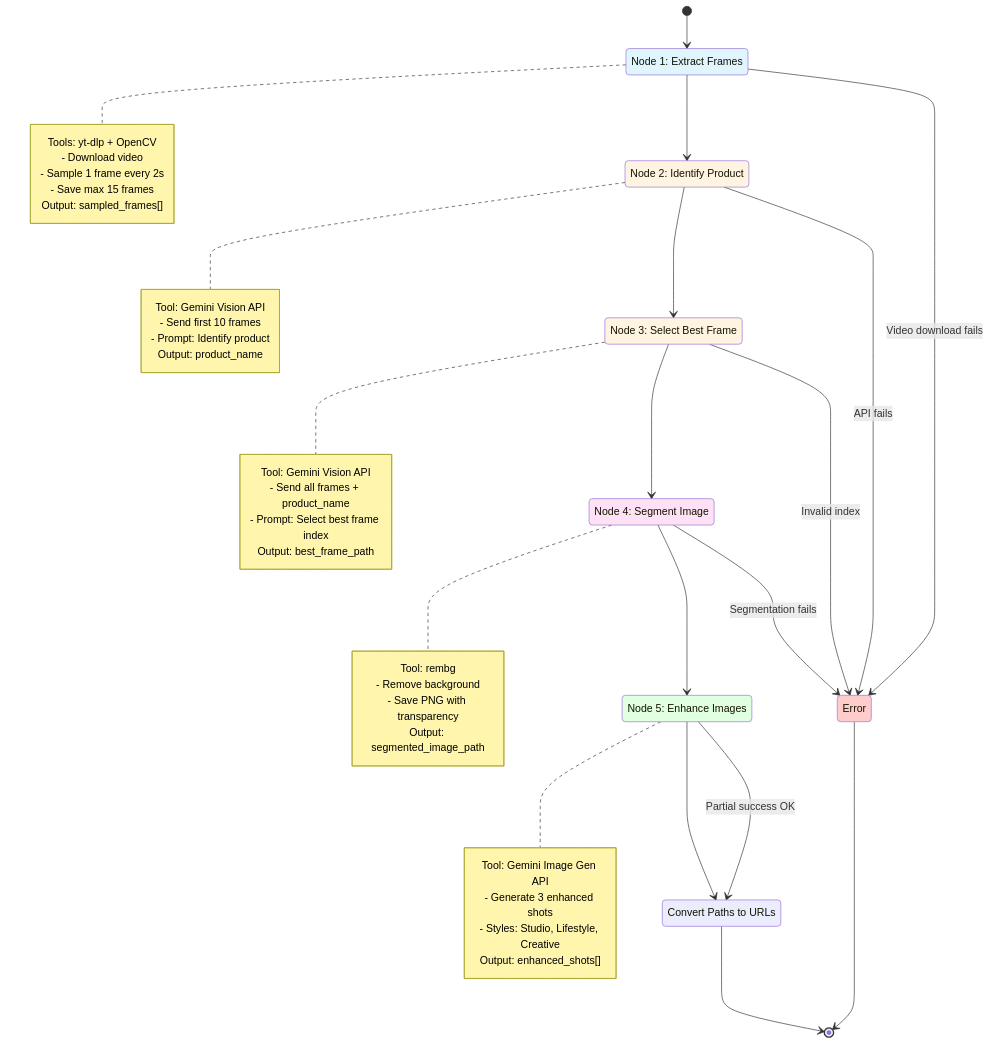
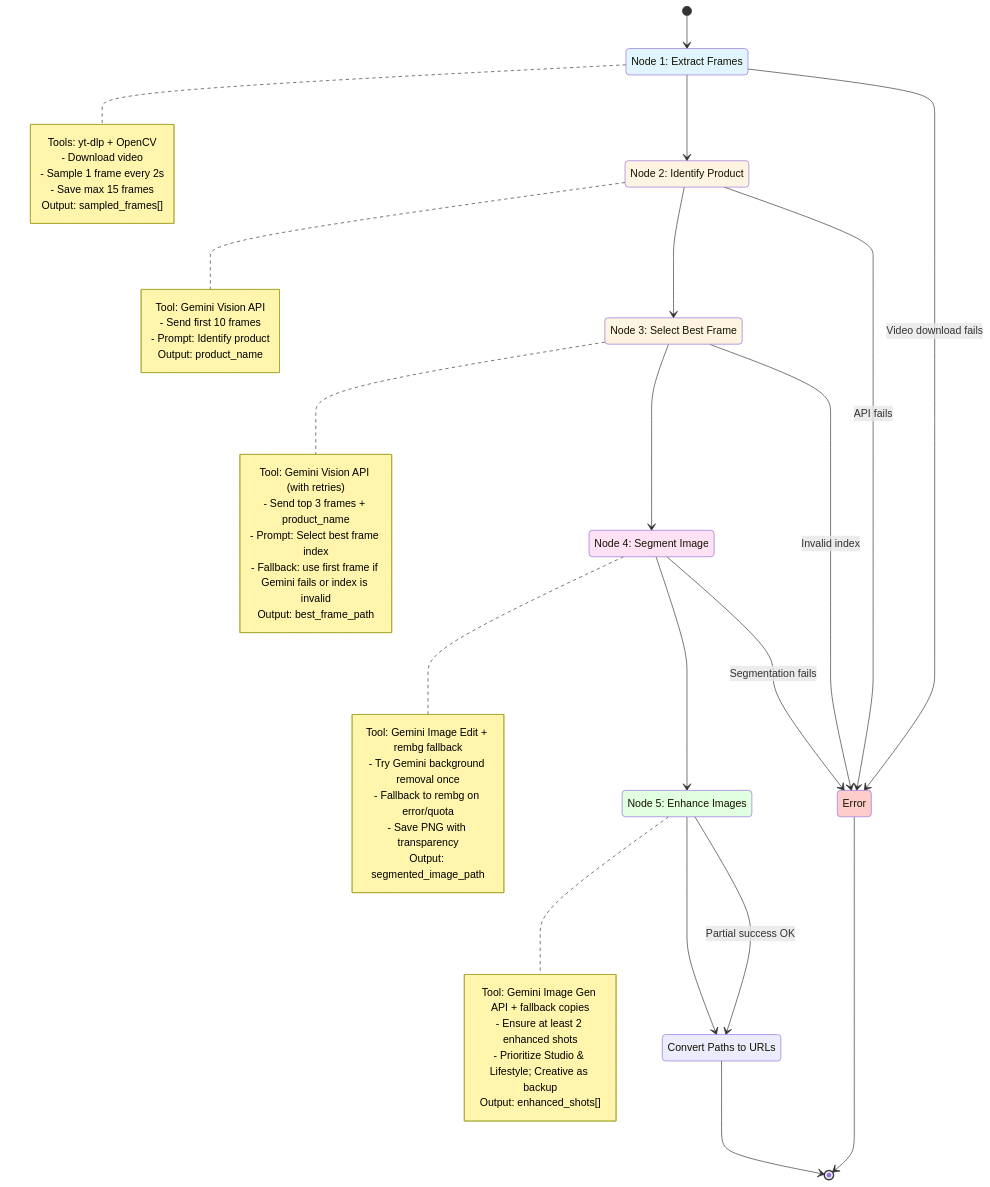
The third of 5 diagrams in docs/architecture-diagrams.md (rajdesai17/ai-product-image), drawn with Mermaid before and after one commit. The commit also changed other lines of this file, not shown here.

Commit message:
Update architecture diagrams to clarify the Gemini image processing workflow, including changes to frame selection, background removal, and image enhancement logic. Ensure documentation reflects the use of top frames and fallback mechanisms for improved reliability.

````diff
--- a/docs/architecture-diagrams.md
+++ b/docs/architecture-diagrams.md
@@ -154,73 +154,75 @@
 ```mermaid
 stateDiagram-v2
     [*] --> ExtractFrames
     
     ExtractFrames: Node 1: Extract Frames
     note right of ExtractFrames
         Tools: yt-dlp + OpenCV
         - Download video
         - Sample 1 frame every 2s
         - Save max 15 frames
         Output: sampled_frames[]
     end note
     
     ExtractFrames --> IdentifyProduct
     
     IdentifyProduct: Node 2: Identify Product
     note right of IdentifyProduct
         Tool: Gemini Vision API
         - Send first 10 frames
         - Prompt: Identify product
         Output: product_name
     end note
     
     IdentifyProduct --> SelectBestFrame
     
     SelectBestFrame: Node 3: Select Best Frame
     note right of SelectBestFrame
-        Tool: Gemini Vision API
-        - Send all frames + product_name
+        Tool: Gemini Vision API (with retries)
+        - Send top 3 frames + product_name
         - Prompt: Select best frame index
+        - Fallback: use first frame if Gemini fails or index is invalid
         Output: best_frame_path
     end note
     
     SelectBestFrame --> SegmentImage
     
     SegmentImage: Node 4: Segment Image
     note right of SegmentImage
-        Tool: rembg
-        - Remove background
+        Tool: Gemini Image Edit + rembg fallback
+        - Try Gemini background removal once
+        - Fallback to rembg on error/quota
         - Save PNG with transparency
         Output: segmented_image_path
     end note
     
     SegmentImage --> EnhanceImages
     
     EnhanceImages: Node 5: Enhance Images
     note right of EnhanceImages
-        Tool: Gemini Image Gen API
-        - Generate 3 enhanced shots
-        - Styles: Studio, Lifestyle, Creative
+        Tool: Gemini Image Gen API + fallback copies
+        - Ensure at least 2 enhanced shots
+        - Prioritize Studio & Lifestyle; Creative as backup
         Output: enhanced_shots[]
     end note
     
     EnhanceImages --> ConvertPaths
     
     ConvertPaths: Convert Paths to URLs
     ConvertPaths --> [*]
     
     ExtractFrames --> Error: Video download fails
     IdentifyProduct --> Error: API fails
     SelectBestFrame --> Error: Invalid index
     SegmentImage --> Error: Segmentation fails
     EnhanceImages --> ConvertPaths: Partial success OK
     
     Error --> [*]
     
     style ExtractFrames fill:#e1f5ff
     style IdentifyProduct fill:#fff4e1
     style SelectBestFrame fill:#fff4e1
     style SegmentImage fill:#ffe1f5
     style EnhanceImages fill:#e1ffe1
     style Error fill:#ffcccc
 ```
````
